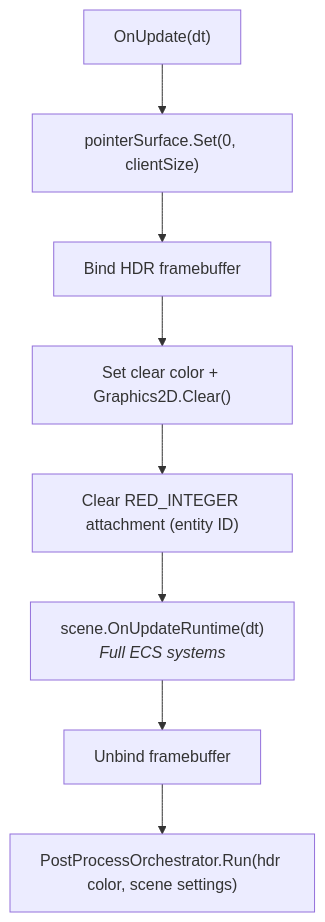
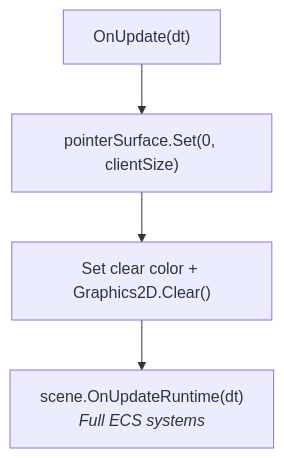
Before and after one commit to kateusz/GameEngine: the fifth of 6 diagrams in docs/architecture/game-loop.md, drawn with Mermaid. The commit also changed other lines of this file and 229 other files, not shown here.

````diff
--- a/docs/architecture/game-loop.md
+++ b/docs/architecture/game-loop.md
@@ -202,10 +202,6 @@
 ```mermaid
 graph TD
     A["OnUpdate(dt)"] --> B["pointerSurface.Set(0, clientSize)"]
-    B --> C["Bind HDR framebuffer"]
-    C --> D["Set clear color + Graphics2D.Clear()"]
-    D --> E["Clear RED_INTEGER attachment (entity ID)"]
-    E --> F["scene.OnUpdateRuntime(dt)<br/><i>Full ECS systems</i>"]
-    F --> G["Unbind framebuffer"]
-    G --> H["PostProcessOrchestrator.Run(hdr color, scene settings)"]
+    B --> C["Set clear color + Graphics2D.Clear()"]
+    C --> D["scene.OnUpdateRuntime(dt)<br/><i>Full ECS systems</i>"]
 ```
````
